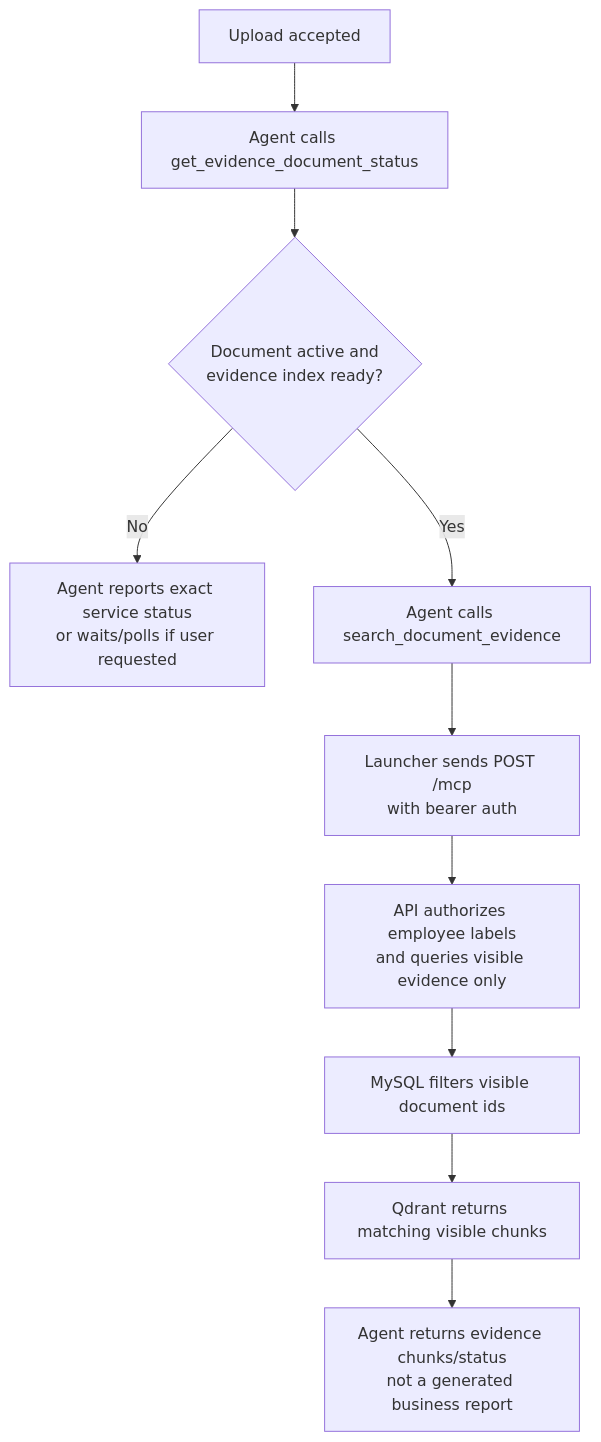
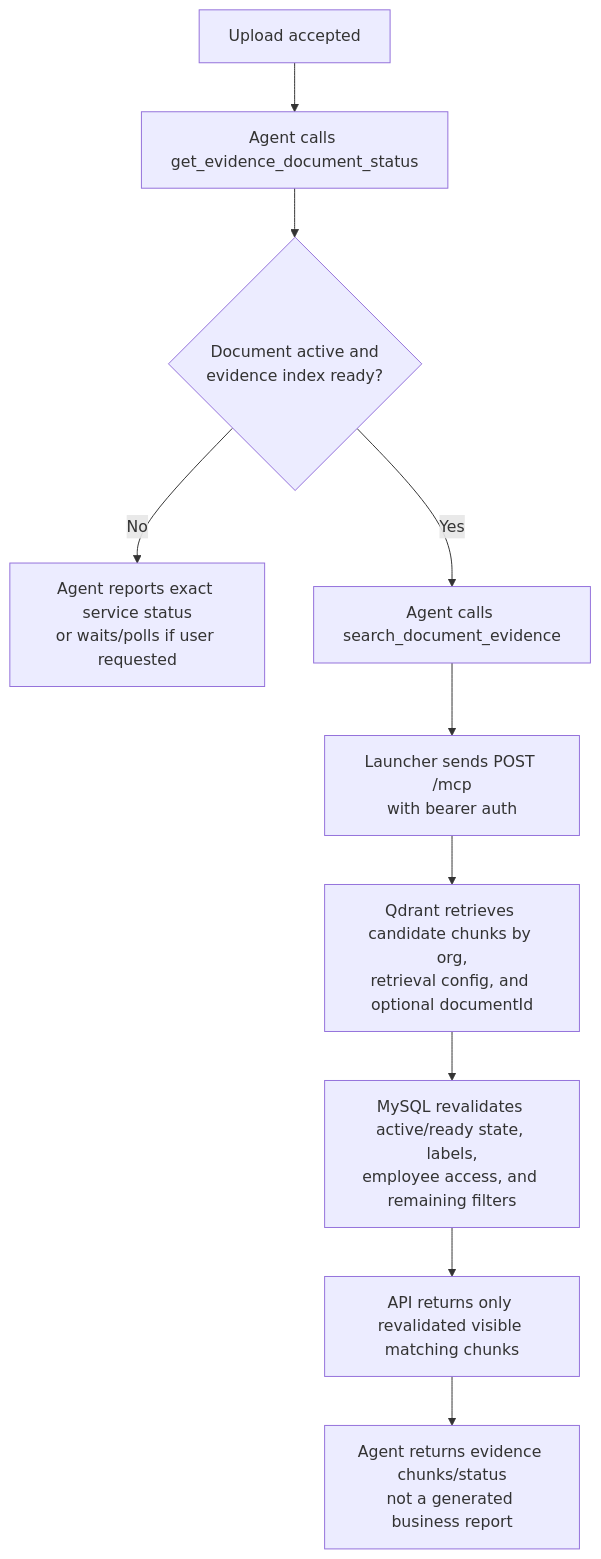
The fifth of 5 diagrams in docs/implementation/mcp-user-flow.md (YinXiaoyu-1998/SME_DATA_CENTER), drawn with Mermaid before and after one commit. The commit also changed 2 other files, not shown here.

Commit message:
docs: correct MCP flow references

````diff
--- a/docs/implementation/mcp-user-flow.md
+++ b/docs/implementation/mcp-user-flow.md
@@ -214,12 +214,12 @@
 ```mermaid
 flowchart TD
   A["Upload accepted"] --> B["Agent calls get_evidence_document_status"]
   B --> C{"Document active and<br/>evidence index ready?"}
   C -->|"No"| D["Agent reports exact service status<br/>or waits/polls if user requested"]
   C -->|"Yes"| E["Agent calls search_document_evidence"]
   E --> F["Launcher sends POST /mcp<br/>with bearer auth"]
-  F --> G["API authorizes employee labels<br/>and queries visible evidence only"]
-  G --> H["MySQL filters visible document ids"]
-  H --> I["Qdrant returns matching visible chunks"]
+  F --> G["Qdrant retrieves candidate chunks by org,<br/>retrieval config, and optional documentId"]
+  G --> H["MySQL revalidates active/ready state, labels,<br/>employee access, and remaining filters"]
+  H --> I["API returns only revalidated visible matching chunks"]
   I --> J["Agent returns evidence chunks/status<br/>not a generated business report"]
 ```
````
